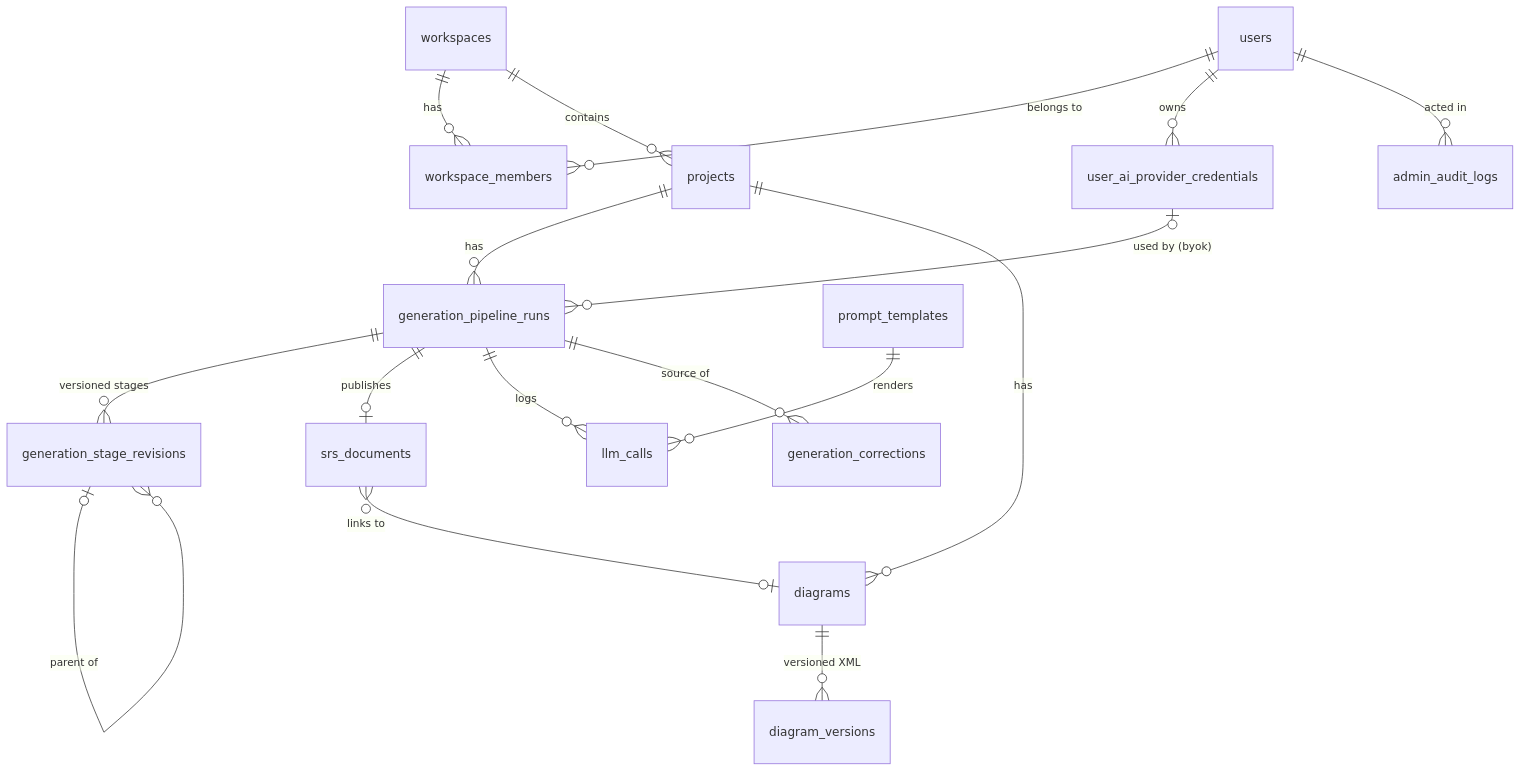
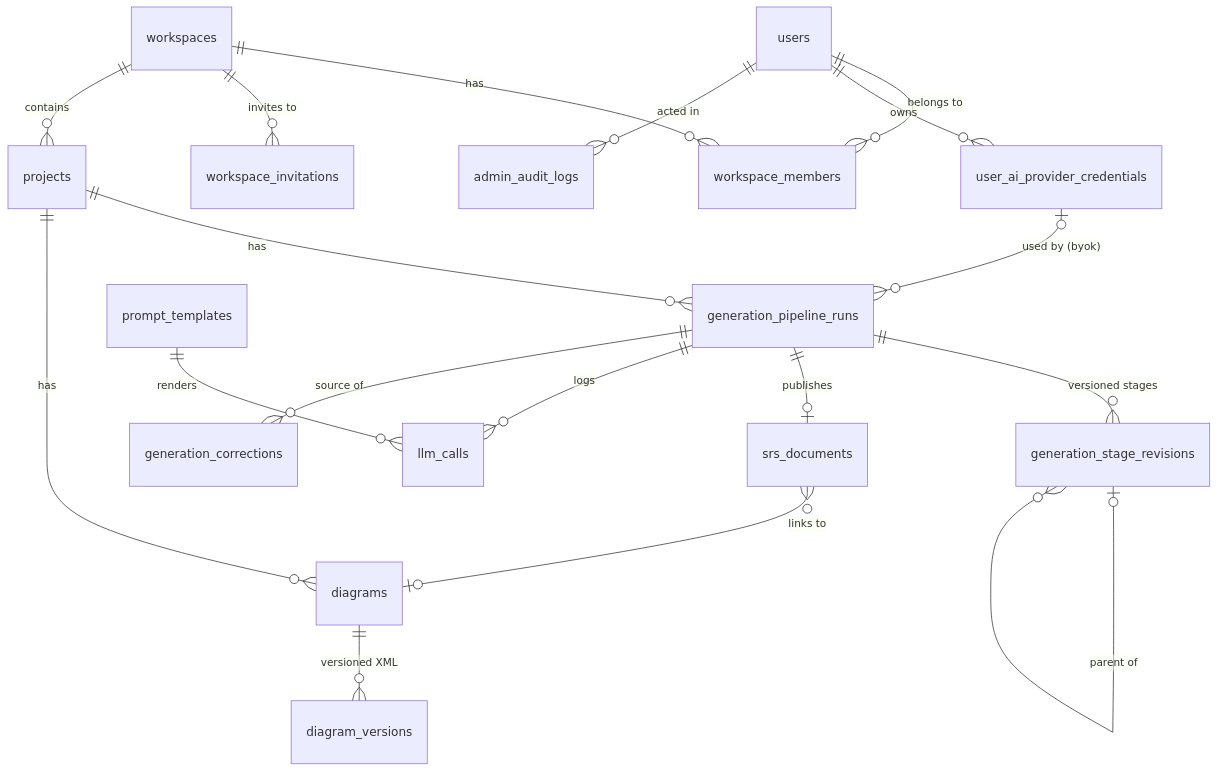
Diagram 13 of 13 in README.md (sazidmahin/SPL-3), drawn with Mermaid before and after one commit. The commit also changed other lines of this file, not shown here.

Commit message:
docs: document workspace invitations, email delivery and SRS comparison in README

````diff
--- a/README.md
+++ b/README.md
@@ -496,19 +584,20 @@
 ```mermaid
 erDiagram
     users ||--o{ workspace_members : "belongs to"
     workspaces ||--o{ workspace_members : has
+    workspaces ||--o{ workspace_invitations : "invites to"
     workspaces ||--o{ projects : contains
     projects ||--o{ generation_pipeline_runs : has
     generation_pipeline_runs ||--o{ generation_stage_revisions : "versioned stages"
     generation_stage_revisions |o--o{ generation_stage_revisions : "parent of"
     generation_pipeline_runs ||--o| srs_documents : publishes
     srs_documents }o--o| diagrams : "links to"
     projects ||--o{ diagrams : has
     diagrams ||--o{ diagram_versions : "versioned XML"
     generation_pipeline_runs ||--o{ llm_calls : logs
     prompt_templates ||--o{ llm_calls : renders
     generation_pipeline_runs ||--o{ generation_corrections : "source of"
     users ||--o{ user_ai_provider_credentials : owns
     user_ai_provider_credentials |o--o{ generation_pipeline_runs : "used by (byok)"
     users ||--o{ admin_audit_logs : "acted in"
 ```
````
